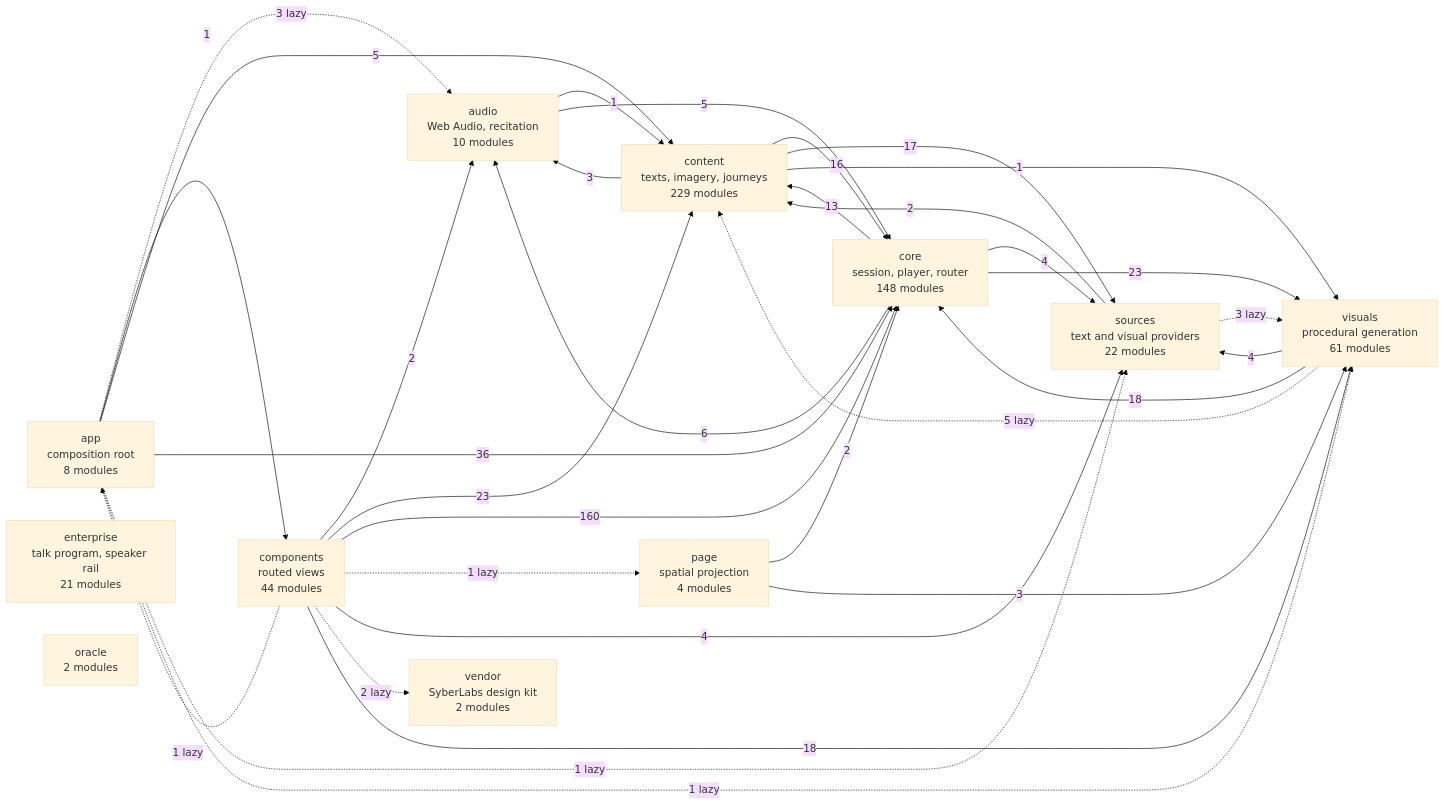
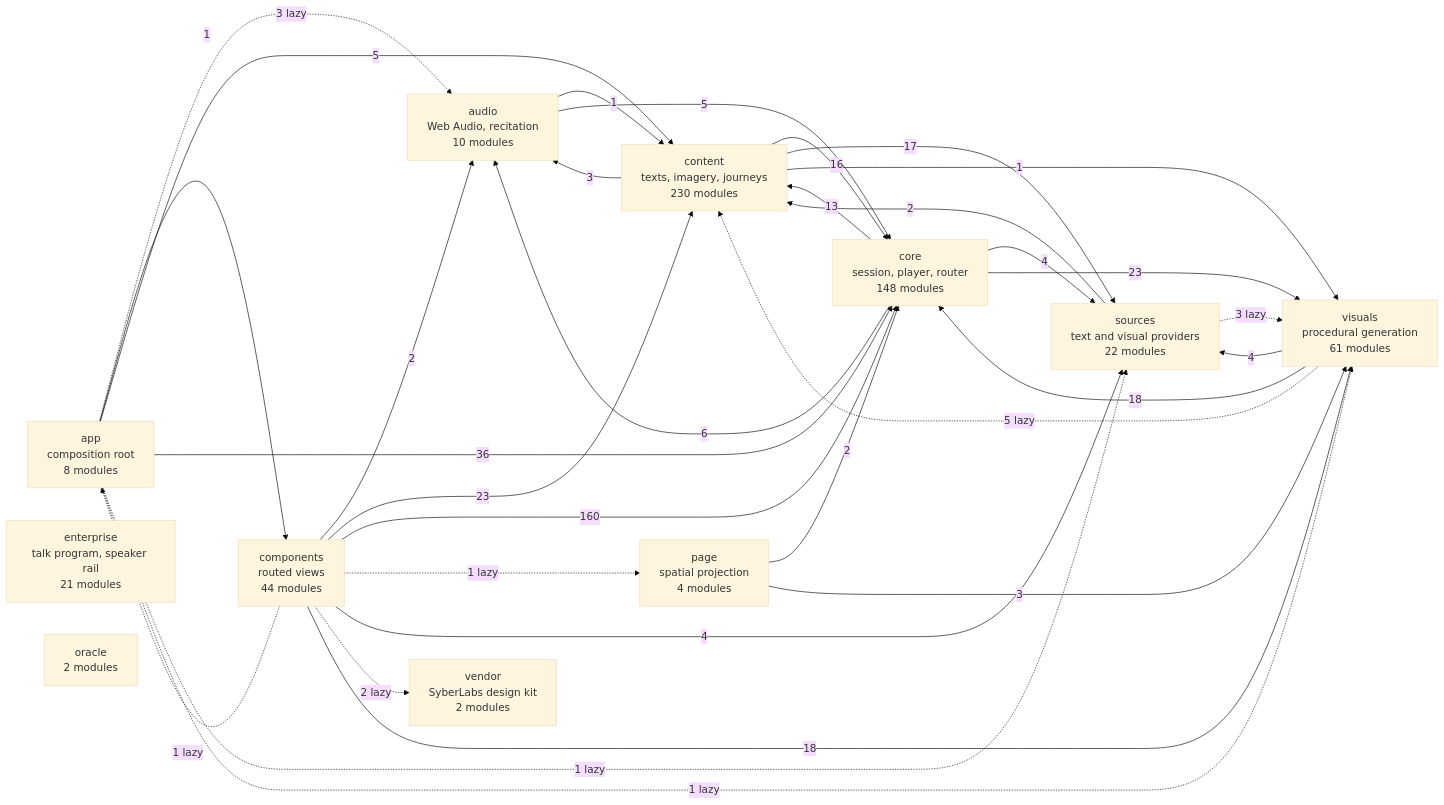
Before and after one commit to SyberLabs/RISE: the diagram in docs/specs/ARCHITECTURE.md, drawn with Mermaid (base theme). The commit also changed 8 other files, not shown here.

````diff
--- a/docs/specs/ARCHITECTURE.md
+++ b/docs/specs/ARCHITECTURE.md
@@ -160,46 +160,46 @@
 ```mermaid
 flowchart LR
     app["app<br/>composition root<br/>8 modules"]
     audio["audio<br/>Web Audio, recitation<br/>10 modules"]
     components["components<br/>routed views<br/>44 modules"]
-    content["content<br/>texts, imagery, journeys<br/>229 modules"]
+    content["content<br/>texts, imagery, journeys<br/>230 modules"]
     core["core<br/>session, player, router<br/>148 modules"]
     enterprise["enterprise<br/>talk program, speaker rail<br/>21 modules"]
     oracle["oracle<br/>2 modules"]
     page["page<br/>spatial projection<br/>4 modules"]
     sources["sources<br/>text and visual providers<br/>22 modules"]
     vendor["vendor<br/>SyberLabs design kit<br/>2 modules"]
     visuals["visuals<br/>procedural generation<br/>61 modules"]
 
     app -.-> |3 lazy| audio
     app --> |1| components
     app --> |5| content
     app --> |36| core
     app -.-> |1 lazy| sources
     app -.-> |1 lazy| visuals
     audio --> |1| content
     audio --> |5| core
     components -.-> |1 lazy| app
     components --> |2| audio
     components --> |23| content
     components --> |160| core
     components -.-> |1 lazy| page
     components --> |4| sources
     components -.-> |2 lazy| vendor
     components --> |18| visuals
     content --> |3| audio
     content --> |16| core
     content --> |17| sources
     content --> |1| visuals
     core --> |6| audio
     core --> |13| content
     core --> |4| sources
     core --> |23| visuals
     page --> |2| core
     page --> |3| visuals
     sources --> |2| content
     sources -.-> |3 lazy| visuals
     visuals -.-> |5 lazy| content
     visuals --> |18| core
     visuals --> |4| sources
 ```
````
